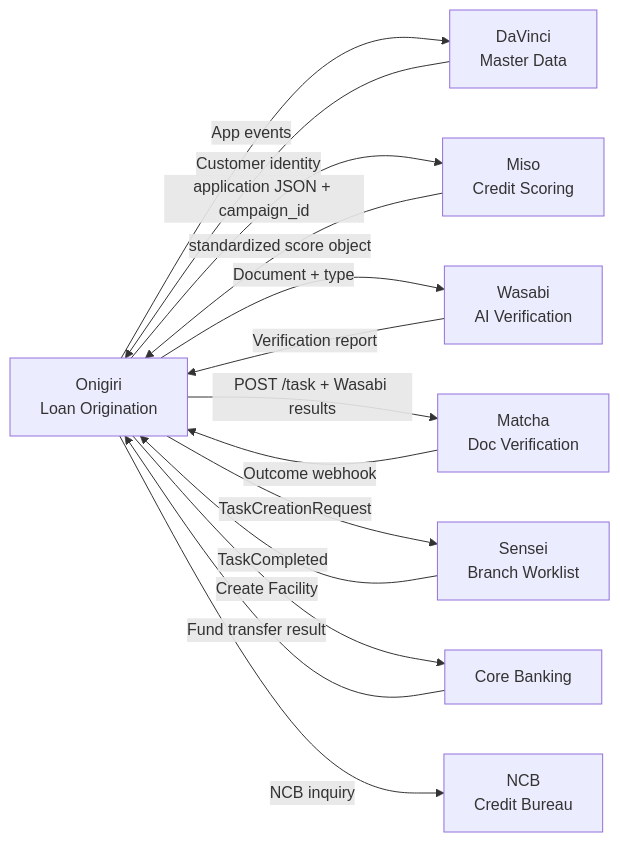
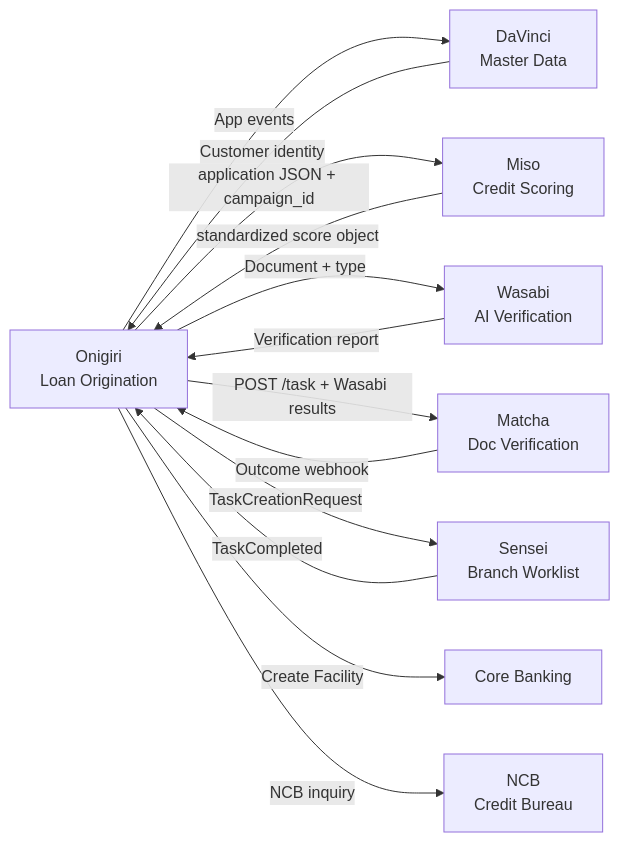
The second of 2 diagrams in product/credit/onigiri/PRODUCT.md (chanatan-sri/TurboProduct), drawn with Mermaid before and after one commit. The commit also changed other lines of this file and 12 other files, not shown here.

````diff
--- a/product/credit/onigiri/PRODUCT.md
+++ b/product/credit/onigiri/PRODUCT.md
@@ -156,25 +140,24 @@
 ```mermaid
 graph LR
     Onigiri[Onigiri\nLoan Origination]
     Miso[Miso\nCredit Scoring]
     DaVinci[DaVinci\nMaster Data]
     Wasabi[Wasabi\nAI Verification]
     Matcha[Matcha\nDoc Verification]
     Sensei[Sensei\nBranch Worklist]
     CoreBanking[Core Banking]
     NCB[NCB\nCredit Bureau]
 
     DaVinci -->|Customer identity| Onigiri
     Onigiri -->|App events| DaVinci
     Onigiri -->|application JSON + campaign_id| Miso
     Miso -->|standardized score object| Onigiri
     Onigiri -->|Document + type| Wasabi
     Wasabi -->|Verification report| Onigiri
     Onigiri -->|POST /task + Wasabi results| Matcha
     Matcha -->|Outcome webhook| Onigiri
     Onigiri -->|TaskCreationRequest| Sensei
     Sensei -->|TaskCompleted| Onigiri
     Onigiri -->|Create Facility| CoreBanking
-    CoreBanking -->|Fund transfer result| Onigiri
     Onigiri -->|NCB inquiry| NCB
 ```
````
